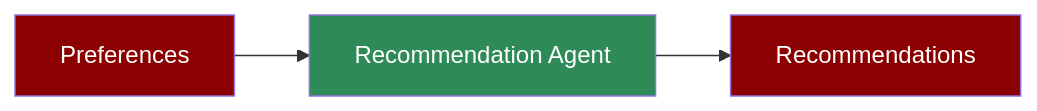
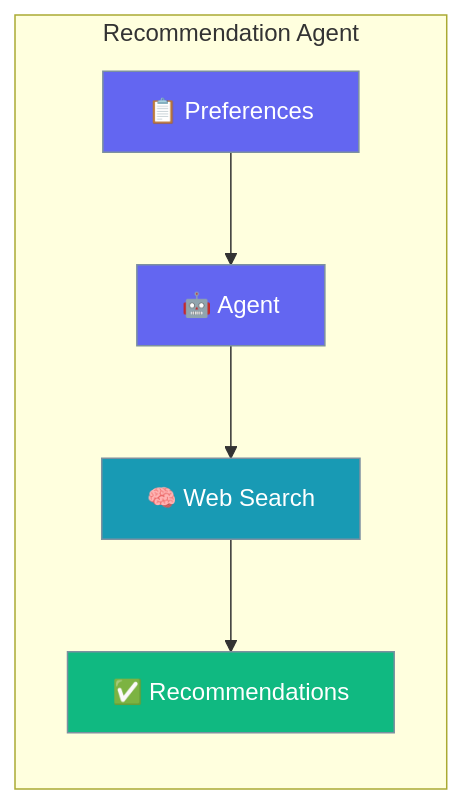
The first of 2 diagrams in docs/agents/recommendation.mdx (MervinPraison/PraisonAIDocs), drawn with Mermaid before and after one commit. The commit also changed other lines of this file and 1 other file, not shown here.

Commit message:
docs: AGENTS.md compliance for programming, recommendation agents (#1733)

````diff
--- a/docs/agents/recommendation.mdx
+++ b/docs/agents/recommendation.mdx
@@ -8,9 +23,16 @@
 ```mermaid
-flowchart LR
-    In[Preferences] --> Agent[Recommendation Agent]
-    Agent --> Out[Recommendations]
-    
-    style In fill:#8B0000,color:#fff
-    style Agent fill:#2E8B57,color:#fff
-    style Out fill:#8B0000,color:#fff
+graph LR
+    subgraph "Recommendation Agent"
+        User[📋 Preferences] --> Agent[🤖 Agent]
+        Agent --> Search[🧠 Web Search]
+        Search --> Result[✅ Recommendations]
+    end
+
+    classDef input fill:#6366F1,stroke:#7C90A0,color:#fff
+    classDef process fill:#189AB4,stroke:#7C90A0,color:#fff
+    classDef output fill:#10B981,stroke:#7C90A0,color:#fff
+
+    class User,Agent input
+    class Search process
+    class Result output
 ```
````
